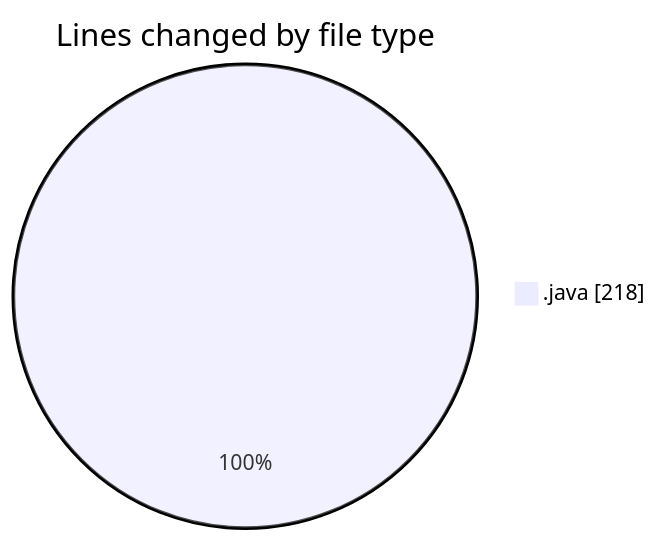
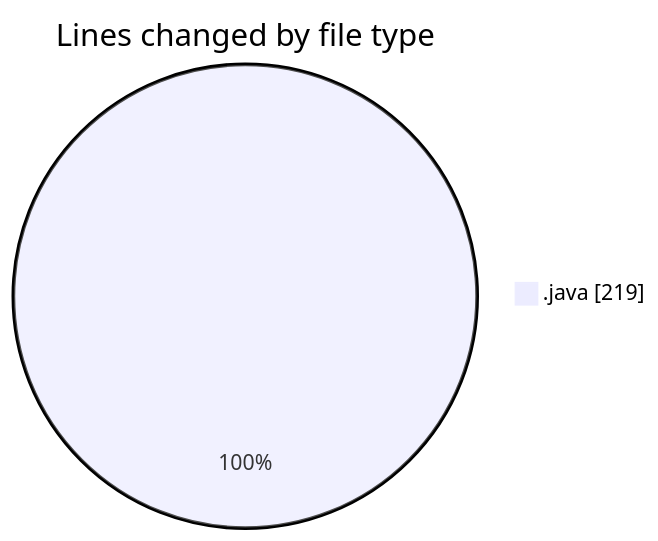
Before and after one commit to charlie-sans/code-tracking: the first of 2 diagrams in 2025-02-22/micros/README.md, drawn with Mermaid. The commit also changed other lines of this file and 1 other file, not shown here.

````diff
--- a/2025-02-22/micros/README.md
+++ b/2025-02-22/micros/README.md
@@ -21,5 +21,5 @@
 ```mermaid
 pie showData
 title Lines changed by file type
-".java" : 218
+".java" : 219
 ```
````
